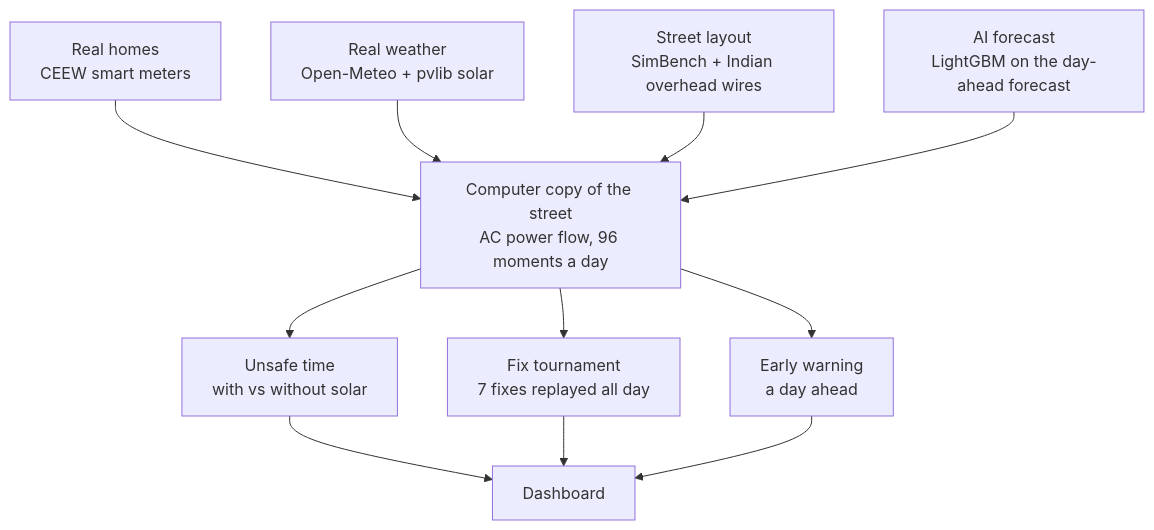
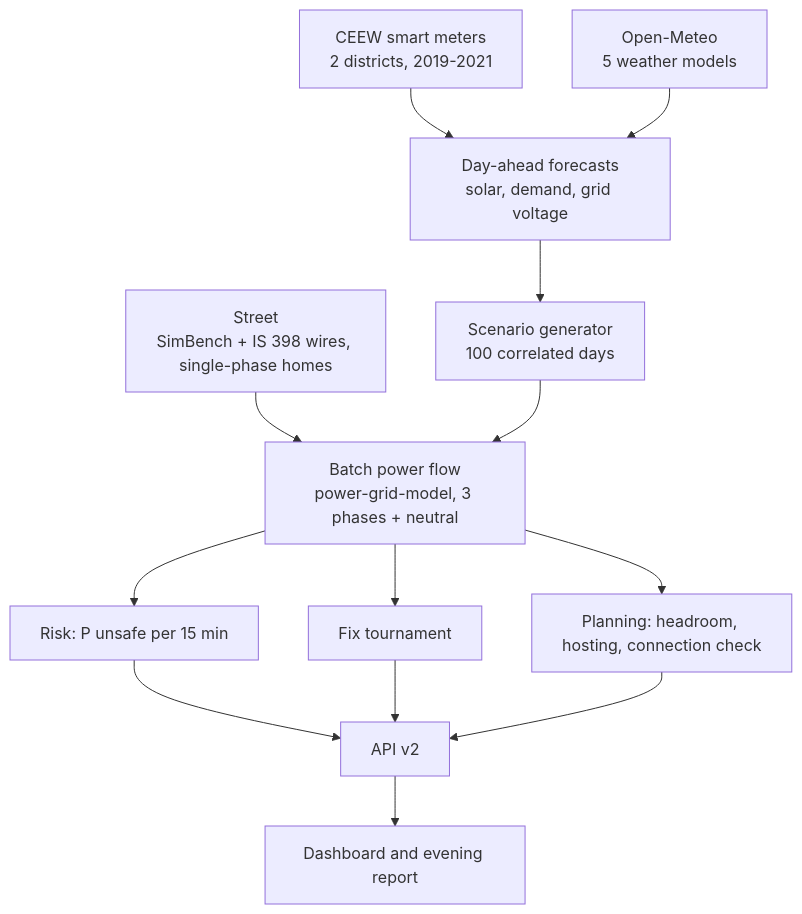
One commit to abhay-hanchate/GridTwin changed the diagram in README.md. Above: the diagram before and after it, drawn with Mermaid. The commit also changed other lines of this file and 2 other files, not shown here.

````diff
--- a/README.md
+++ b/README.md
@@ -77,13 +78,14 @@
 ```mermaid
 flowchart TD
-  A[Real homes<br/>CEEW smart meters] --> E[Computer copy of the street<br/>AC power flow, 96 moments a day]
-  B[Real weather<br/>Open-Meteo + pvlib solar] --> E
-  C[Street layout<br/>SimBench + Indian overhead wires] --> E
-  D[AI forecast<br/>LightGBM on the day-ahead forecast] --> E
-  E --> F[Unsafe time<br/>with vs without solar]
-  E --> G[Fix tournament<br/>7 fixes replayed all day]
-  E --> H[Early warning<br/>a day ahead]
-  F --> I[Dashboard]
-  G --> I
-  H --> I
+  A[CEEW smart meters<br/>2 districts, 2019-2021] --> D[Day-ahead forecasts<br/>solar, demand, grid voltage]
+  B[Open-Meteo<br/>5 weather models] --> D
+  D --> S[Scenario generator<br/>100 correlated days]
+  N[Street<br/>SimBench + IS 398 wires, single-phase homes] --> E
+  S --> E[Batch power flow<br/>power-grid-model, 3 phases + neutral]
+  E --> R[Risk: P unsafe per 15 min]
+  E --> T[Fix tournament]
+  E --> P[Planning: headroom, hosting, connection check]
+  R --> API[API v2] --> UI[Dashboard and evening report]
+  T --> API
+  P --> API
 ```
````
